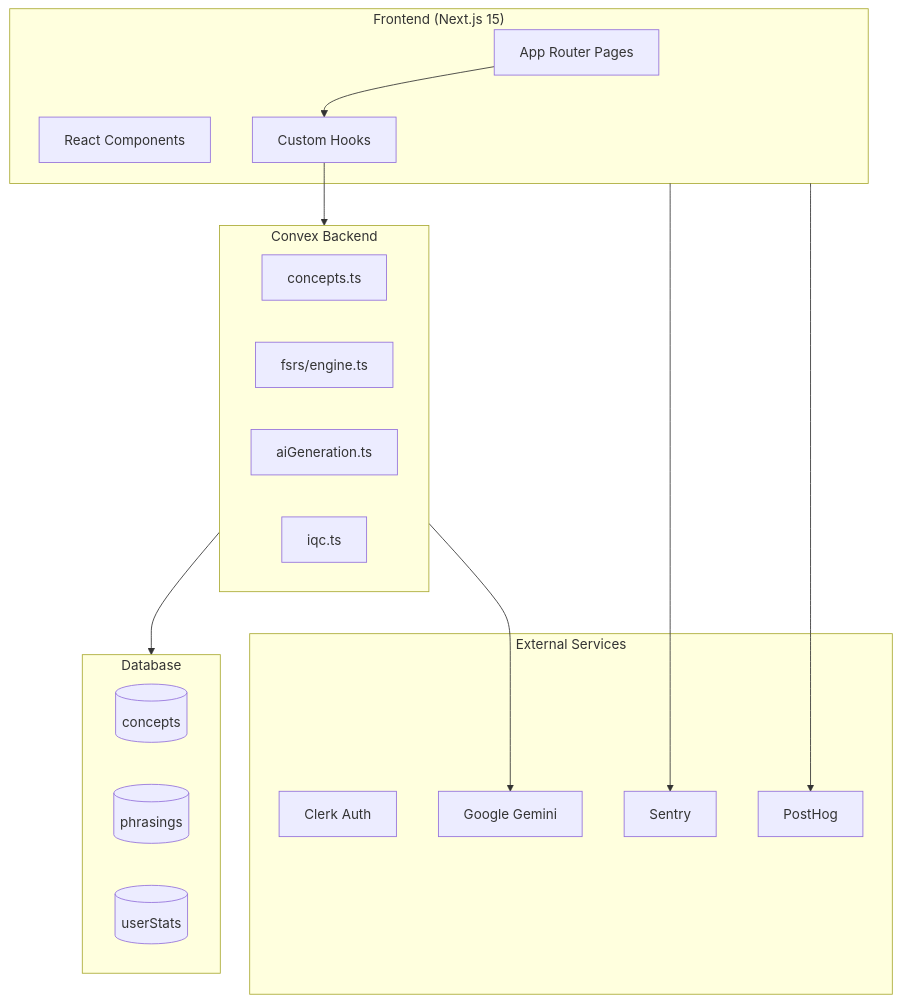
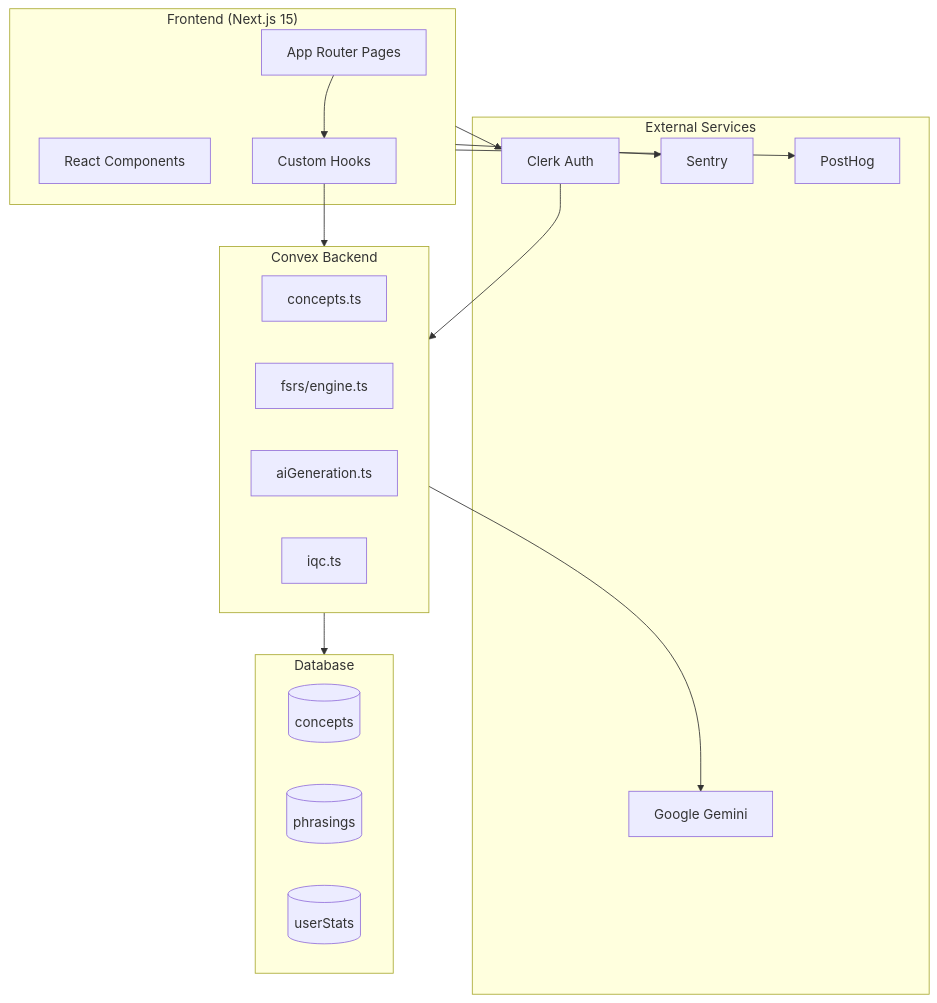
The diagram in docs/CODEBASE_MAP.md (misty-step/scry), drawn with Mermaid before and after one commit. The commit also changed other lines of this file and 1 other file, not shown here.

Commit message:
fix(docs): add Clerk connections to diagram, update outdated auth refs
- Add Client → ClerkAPI → Backend connections in architecture diagram
- Add language spec to directory tree code block
- Update environment-setup.md: replace Resend/magic link refs with Clerk
- Fix tech stack, env vars, troubleshooting to match current auth system

Addresses PR #204 review comments from Gemini and CodeRabbit.

````diff
--- a/docs/CODEBASE_MAP.md
+++ b/docs/CODEBASE_MAP.md
@@ -19,34 +19,36 @@
 ```mermaid
 graph TB
     subgraph Client["Frontend (Next.js 15)"]
         Pages[App Router Pages]
         Components[React Components]
         Hooks[Custom Hooks]
     end
 
     subgraph Backend["Convex Backend"]
         Concepts[concepts.ts]
         FSRS[fsrs/engine.ts]
         Generation[aiGeneration.ts]
         IQC[iqc.ts]
     end
 
     subgraph External["External Services"]
         ClerkAPI[Clerk Auth]
         GoogleAI[Google Gemini]
         Sentry[Sentry]
         PostHog[PostHog]
     end
 
     subgraph Data["Database"]
         ConceptsTable[(concepts)]
         PhrasingsTable[(phrasings)]
         UserStatsTable[(userStats)]
     end
 
     Pages --> Hooks --> Backend
+    Client --> ClerkAPI
+    ClerkAPI --> Backend
     Backend --> Data
     Backend --> GoogleAI
     Client --> Sentry
     Client --> PostHog
 ```
````
